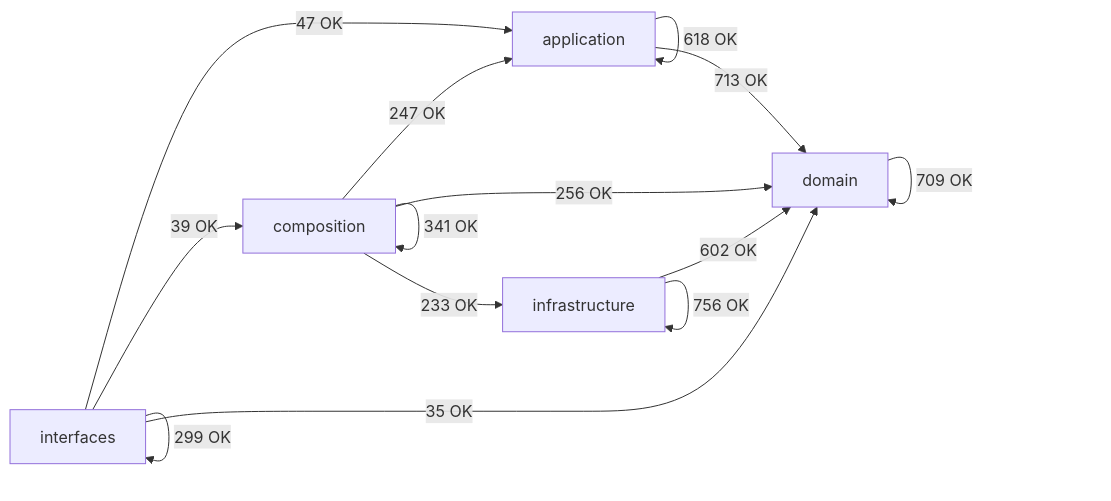
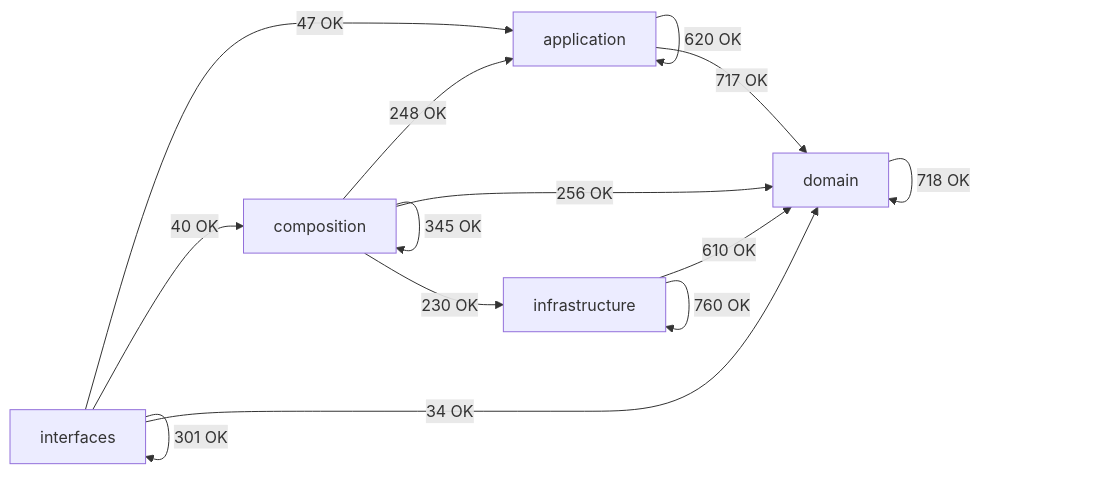
The diagram in docs/02-architecture/generated/module-dependency-map.md (SatoryKono/BioactivityDataAcquisition), drawn with Mermaid before and after one commit. The commit also changed other lines of this file and 65 other files, not shown here.

````diff
--- a/docs/02-architecture/generated/module-dependency-map.md
+++ b/docs/02-architecture/generated/module-dependency-map.md
@@ -17,21 +17,21 @@
 ```mermaid
 flowchart LR
     domain[domain]
     application[application]
     infrastructure[infrastructure]
     composition[composition]
     interfaces[interfaces]
-    application -->|618 OK| application
-    application -->|713 OK| domain
-    composition -->|247 OK| application
-    composition -->|341 OK| composition
+    application -->|620 OK| application
+    application -->|717 OK| domain
+    composition -->|248 OK| application
+    composition -->|345 OK| composition
     composition -->|256 OK| domain
-    composition -->|233 OK| infrastructure
-    domain -->|709 OK| domain
-    infrastructure -->|602 OK| domain
-    infrastructure -->|756 OK| infrastructure
+    composition -->|230 OK| infrastructure
+    domain -->|718 OK| domain
+    infrastructure -->|610 OK| domain
+    infrastructure -->|760 OK| infrastructure
     interfaces -->|47 OK| application
-    interfaces -->|39 OK| composition
-    interfaces -->|35 OK| domain
-    interfaces -->|299 OK| interfaces
+    interfaces -->|40 OK| composition
+    interfaces -->|34 OK| domain
+    interfaces -->|301 OK| interfaces
 ```
````
